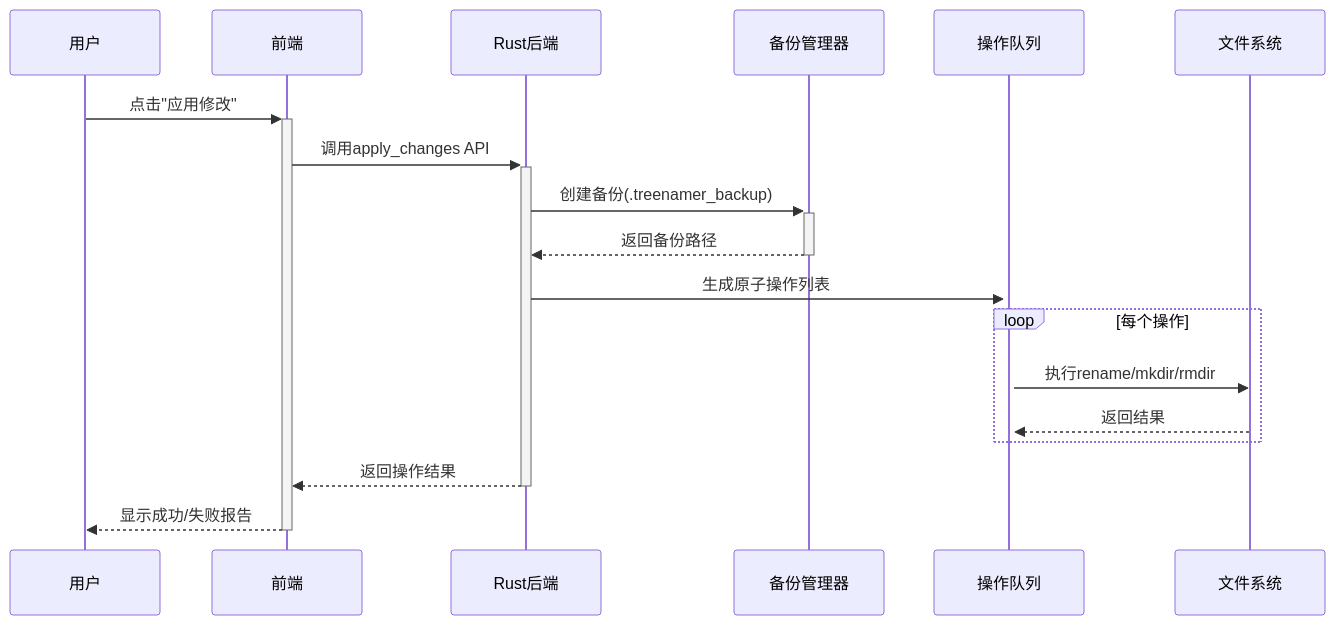
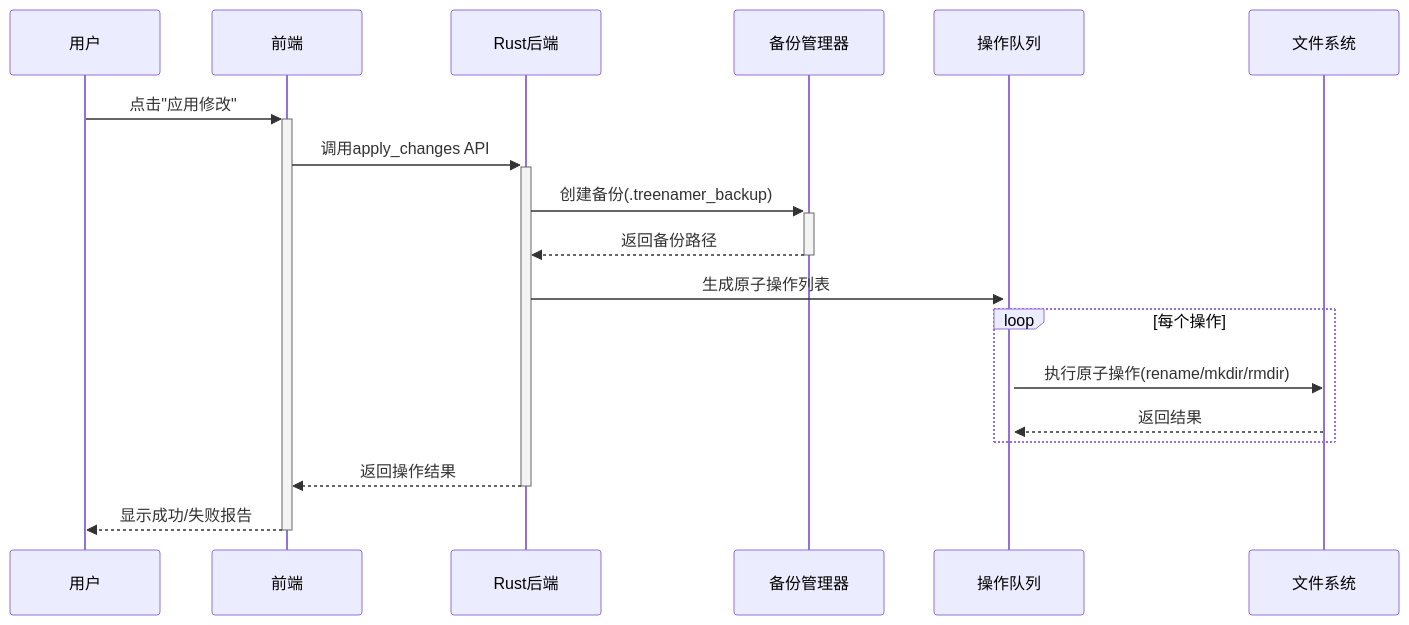
The first of 3 diagrams in docs/Technical Solution Design.md (chess99/TreeNamer), drawn with Mermaid before and after one commit. The commit also changed other lines of this file, not shown here.

````diff
--- a/docs/Technical Solution Design.md
+++ b/docs/Technical Solution Design.md
@@ -158,14 +186,14 @@
 ```mermaid
 sequenceDiagram
   用户->>+前端: 点击"应用修改"
   前端->>+Rust后端: 调用apply_changes API
   Rust后端->>+备份管理器: 创建备份(.treenamer_backup)
   备份管理器-->>-Rust后端: 返回备份路径
   Rust后端->>+操作队列: 生成原子操作列表
   loop 每个操作
-    操作队列->>文件系统: 执行rename/mkdir/rmdir
+    操作队列->>文件系统: 执行原子操作(rename/mkdir/rmdir)
     文件系统-->>操作队列: 返回结果
   end
   Rust后端-->>-前端: 返回操作结果
   前端-->>-用户: 显示成功/失败报告
 ```
````
